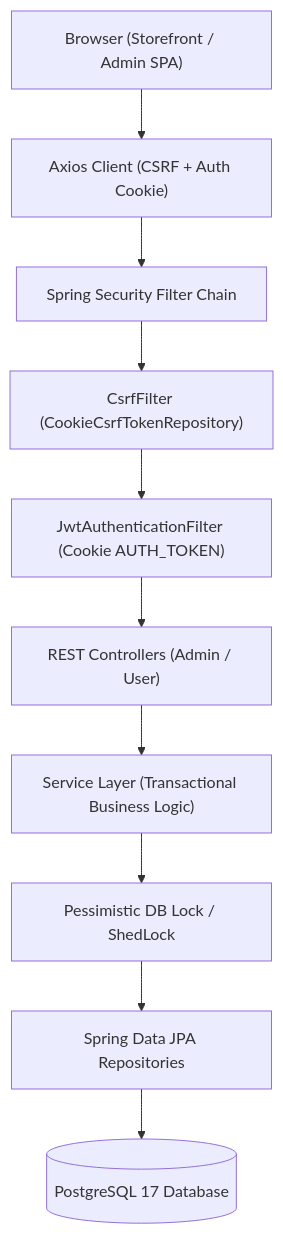
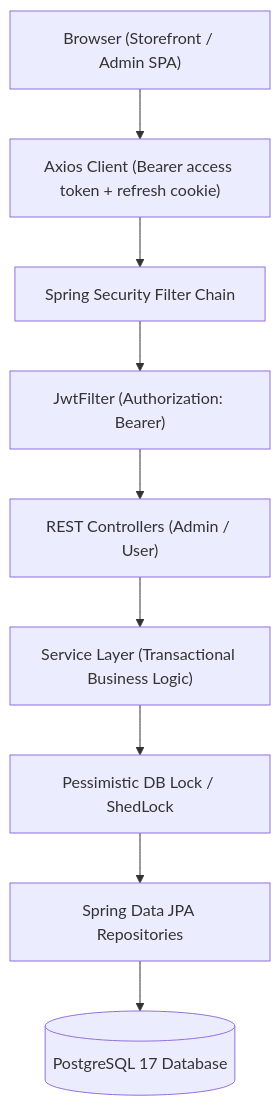
One commit to phananhkhang/Ladux changed the first of 2 diagrams in README.md. Above: the diagram before and after it, drawn with Mermaid. The commit also changed other lines of this file and 32 other files, not shown here.

Commit message:
chore: chuyển kiến trúc xác thực sang Authorization: Bearer <token>

````diff
--- a/README.md
+++ b/README.md
@@ -185,23 +185,21 @@
 ```mermaid
 flowchart TD
     Client["Browser (Storefront / Admin SPA)"]
-    APIClient["Axios Client (CSRF + Auth Cookie)"]
+    APIClient["Axios Client (Bearer access token + refresh cookie)"]
     SecFilter["Spring Security Filter Chain"]
-    JwtFilter["JwtAuthenticationFilter (Cookie AUTH_TOKEN)"]
-    CsrfFilter["CsrfFilter (CookieCsrfTokenRepository)"]
+    JwtFilter["JwtFilter (Authorization: Bearer)"]
     Controllers["REST Controllers (Admin / User)"]
     Services["Service Layer (Transactional Business Logic)"]
     Locks["Pessimistic DB Lock / ShedLock"]
     Repos["Spring Data JPA Repositories"]
     DB[(PostgreSQL 17 Database)]
 
     Client --> APIClient
     APIClient --> SecFilter
-    SecFilter --> CsrfFilter
-    CsrfFilter --> JwtFilter
+    SecFilter --> JwtFilter
     JwtFilter --> Controllers
     Controllers --> Services
     Services --> Locks
     Locks --> Repos
     Repos --> DB
 ```
````
